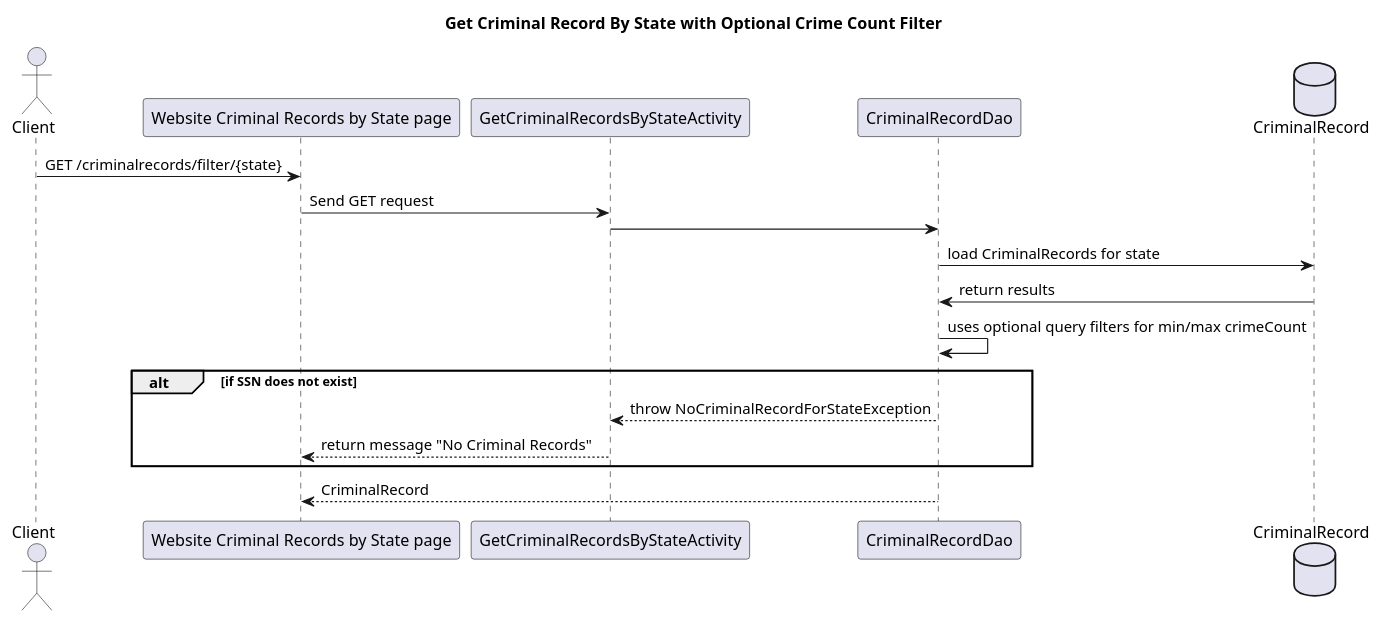
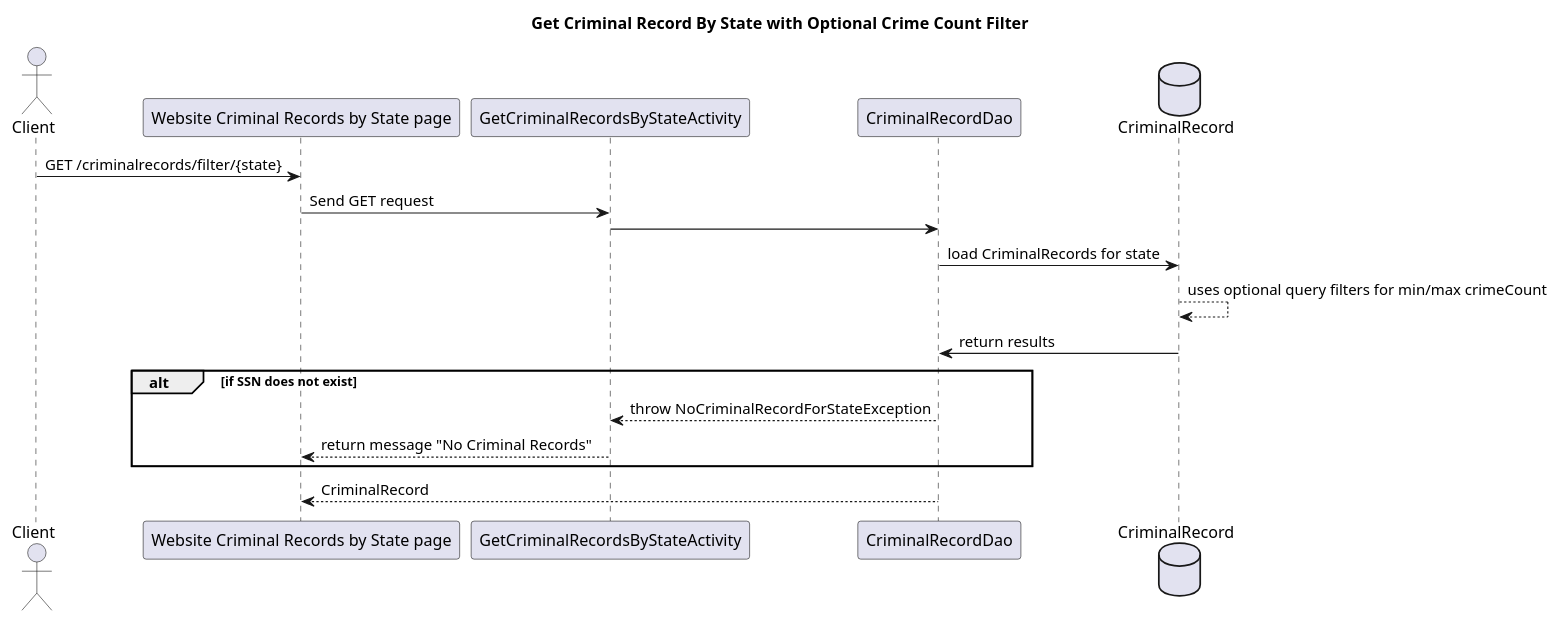
The diagram in backend/javaforce5-beta/project_documents/puml-tables/get-criminal-record-by-state.puml (brianjknight/Criminal-Database-Project), drawn with PlantUML before and after one commit. The commit also changed 17 other files, not shown here.

```diff
--- a/backend/javaforce5-beta/project_documents/puml-tables/get-criminal-record-by-state.puml
+++ b/backend/javaforce5-beta/project_documents/puml-tables/get-criminal-record-by-state.puml
@@ -1,25 +1,25 @@
 @startuml
 title Get Criminal Record By State with Optional Crime Count Filter
 
 actor Client
 participant "Website Criminal Records by State page" as CriminalRecordsByStatePage
 participant GetCriminalRecordsByStateActivity
 participant CriminalRecordDao
 database CriminalRecord
 
 Client -> CriminalRecordsByStatePage : GET /criminalrecords/filter/{state}
 CriminalRecordsByStatePage -> GetCriminalRecordsByStateActivity : Send GET request
 
 GetCriminalRecordsByStateActivity -> CriminalRecordDao
 CriminalRecordDao -> CriminalRecord : load CriminalRecords for state
+CriminalRecord --> CriminalRecord : uses optional query filters for min/max crimeCount
 CriminalRecord -> CriminalRecordDao : return results
-CriminalRecordDao -> CriminalRecordDao : uses optional query filters for min/max crimeCount
 
 alt if SSN does not exist
 CriminalRecordDao --> GetCriminalRecordsByStateActivity : throw NoCriminalRecordForStateException
 GetCriminalRecordsByStateActivity --> CriminalRecordsByStatePage : return message "No Criminal Records"
 end
 
 CriminalRecordDao --> CriminalRecordsByStatePage : CriminalRecord
 
 @enduml
```
